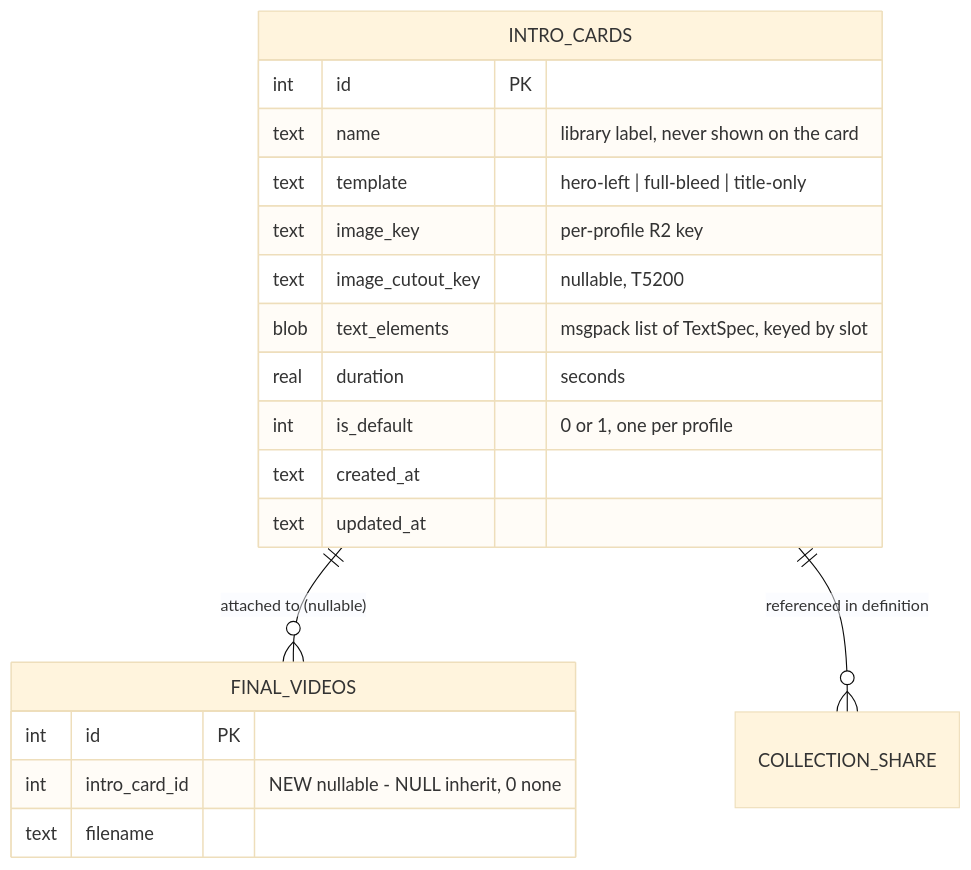
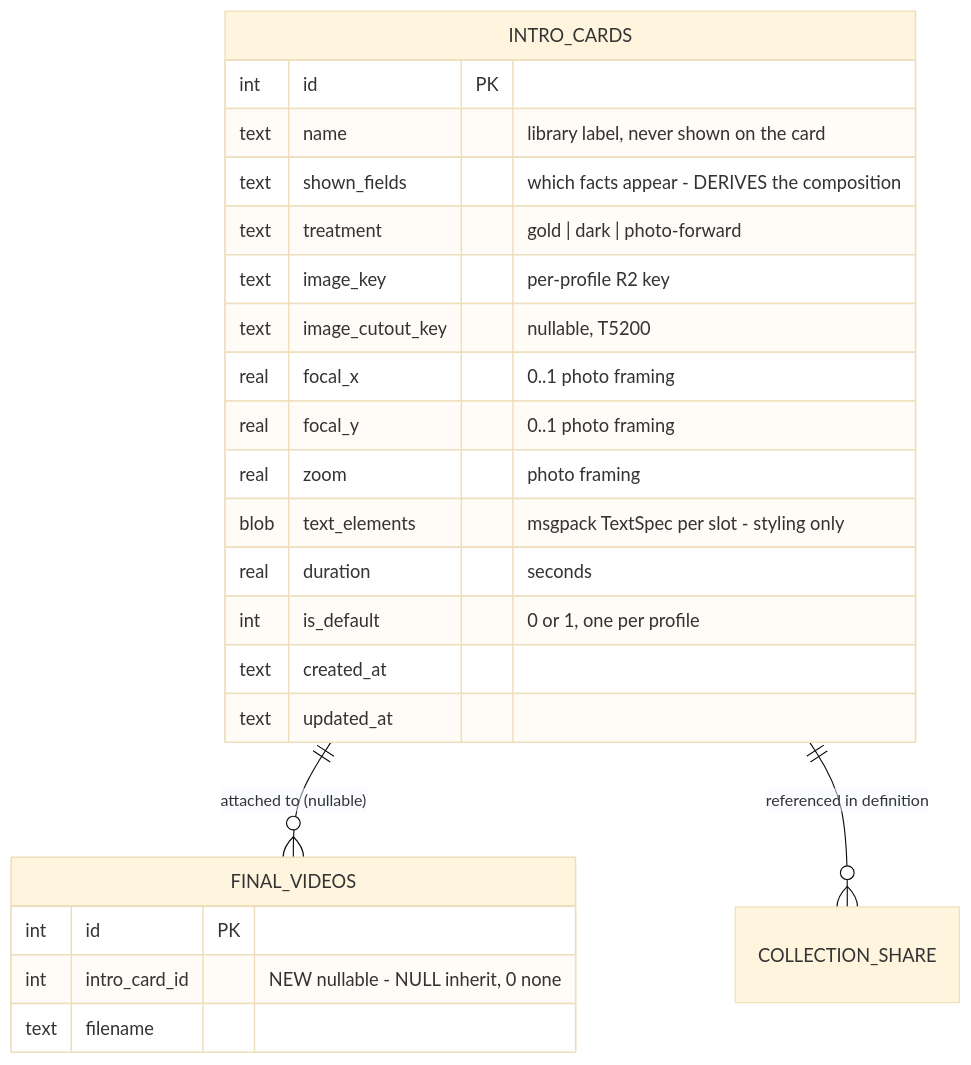
Before and after one commit to imankha/video-editor: the second of 3 diagrams in docs/plans/tasks/player-intro/EPIC.md, drawn with Mermaid (base theme). The commit also changed other lines of this file and 3 other files, not shown here.

First line of the commit message:
T5195: derive card layout from chosen facts; split treatment; focal-point framing

````diff
--- a/docs/plans/tasks/player-intro/EPIC.md
+++ b/docs/plans/tasks/player-intro/EPIC.md
@@ -83,22 +85,26 @@
 ```mermaid
 erDiagram
   INTRO_CARDS ||--o{ FINAL_VIDEOS : "attached to (nullable)"
   INTRO_CARDS ||--o{ COLLECTION_SHARE : "referenced in definition"
   INTRO_CARDS {
     int id PK
     text name "library label, never shown on the card"
-    text template "hero-left | full-bleed | title-only"
+    text shown_fields "which facts appear - DERIVES the composition"
+    text treatment "gold | dark | photo-forward"
     text image_key "per-profile R2 key"
     text image_cutout_key "nullable, T5200"
-    blob text_elements "msgpack list of TextSpec, keyed by slot"
+    real focal_x "0..1 photo framing"
+    real focal_y "0..1 photo framing"
+    real zoom "photo framing"
+    blob text_elements "msgpack TextSpec per slot - styling only"
     real duration "seconds"
     int is_default "0 or 1, one per profile"
     text created_at
     text updated_at
   }
   FINAL_VIDEOS {
     int id PK
     int intro_card_id "NEW nullable - NULL inherit, 0 none"
     text filename
   }
 ```
````
